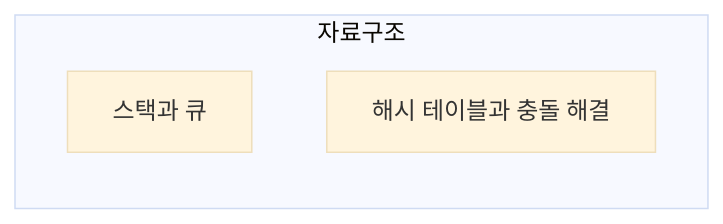
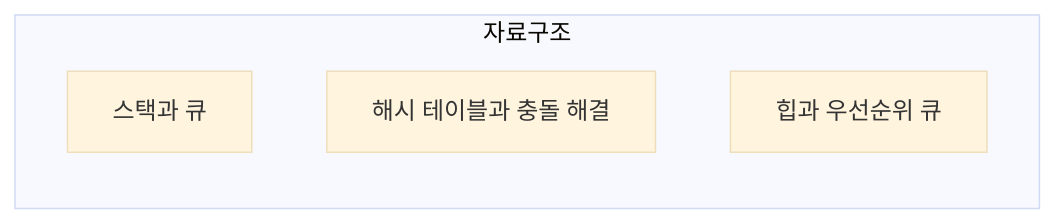
Before and after one commit to Jirunu/TodayToDo: the diagram in concepts.md, drawn with Mermaid (base theme). The commit also changed other lines of this file and 7 other files, not shown here.

````diff
--- a/concepts.md
+++ b/concepts.md
@@ -7,7 +7,8 @@
 ```mermaid
 graph LR
   subgraph s0 ["자료구조"]
     n0["스택과 큐"]
     n1["해시 테이블과 충돌 해결"]
+    n2["힙과 우선순위 큐"]
   end
 ```
````
